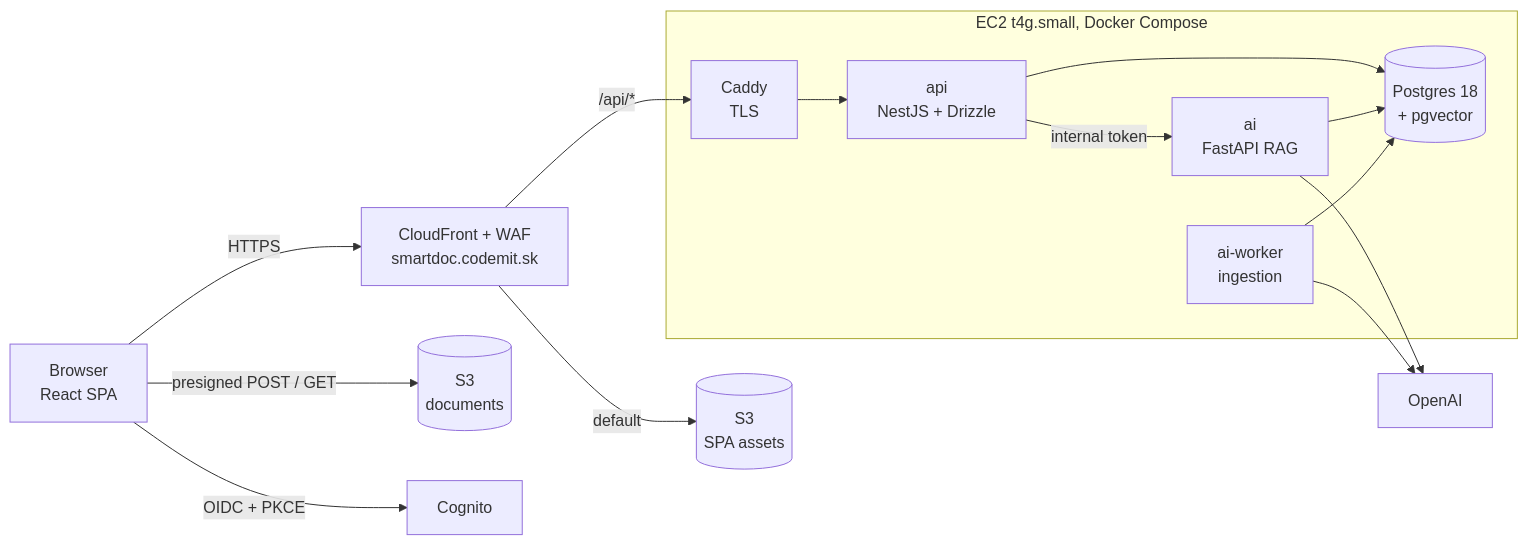
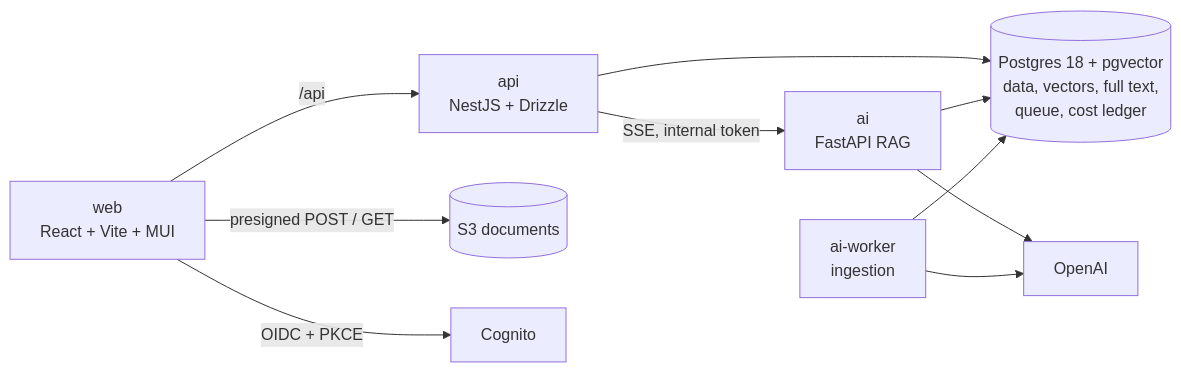
One commit to CodeMIT-s-r-o/SmartDoc-AI changed the diagram in README.md. Above: the diagram before and after it, drawn with Mermaid. The commit also changed other lines of this file and 38 other files, not shown here.

````diff
--- a/README.md
+++ b/README.md
@@ -70,18 +54,12 @@
 ```mermaid
 flowchart LR
-  U["Browser<br/>React SPA"] -->|HTTPS| CF["CloudFront + WAF<br/>smartdoc.codemit.sk"]
-  CF -->|default| SPA[("S3<br/>SPA assets")]
-  CF -->|"/api/*"| CADDY
-  subgraph EC2["EC2 t4g.small, Docker Compose"]
-    CADDY["Caddy<br/>TLS"] --> API["api<br/>NestJS + Drizzle"]
-    API -->|internal token| AI["ai<br/>FastAPI RAG"]
-    WORKER["ai-worker<br/>ingestion"]
-    API --> DB[("Postgres 18<br/>+ pgvector")]
-    AI --> DB
-    WORKER --> DB
-  end
-  U -->|presigned POST / GET| DOCS[("S3<br/>documents")]
-  U -->|OIDC + PKCE| COG["Cognito"]
-  AI --> OAI["OpenAI"]
-  WORKER --> OAI
+  web["web<br/>React + Vite + MUI"] -->|/api| api["api<br/>NestJS + Drizzle"]
+  web -->|presigned POST / GET| s3[("S3 documents")]
+  web -->|OIDC + PKCE| cognito["Cognito"]
+  api -->|SSE, internal token| ai["ai<br/>FastAPI RAG"]
+  api --> db[("Postgres 18 + pgvector<br/>data, vectors, full text,<br/>queue, cost ledger")]
+  ai --> db
+  worker["ai-worker<br/>ingestion"] --> db
+  ai --> openai["OpenAI"]
+  worker --> openai
 ```
````
